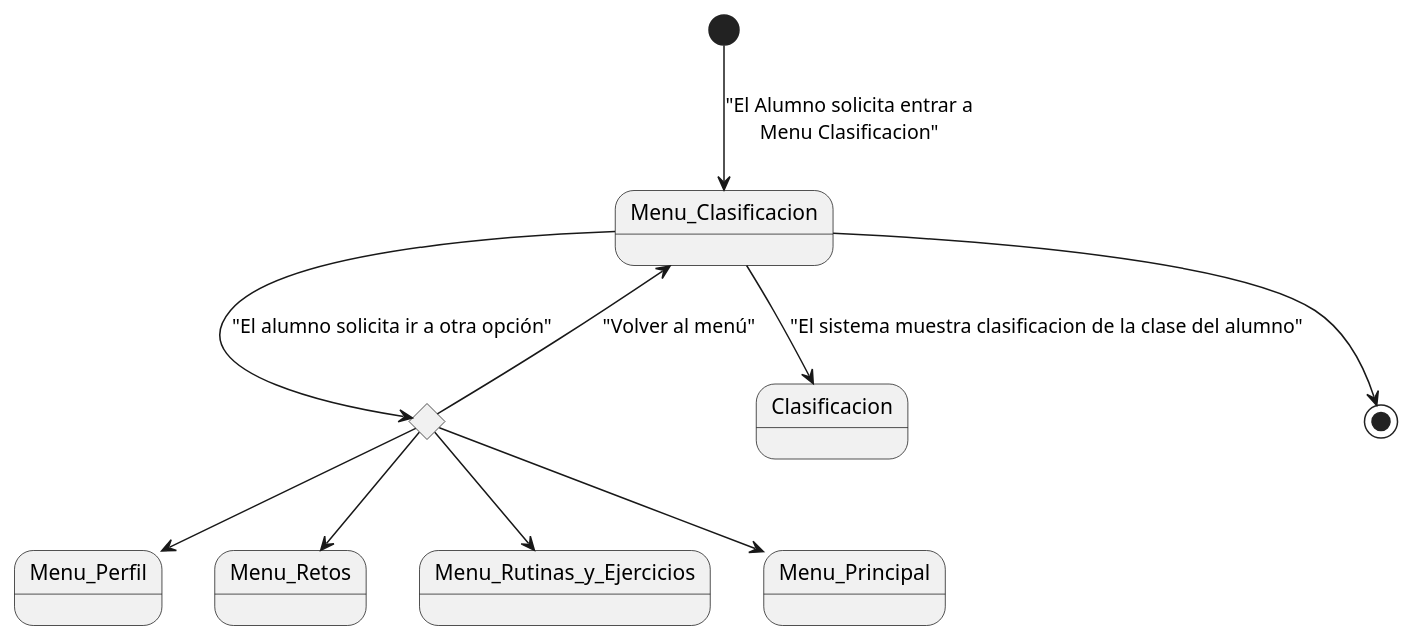
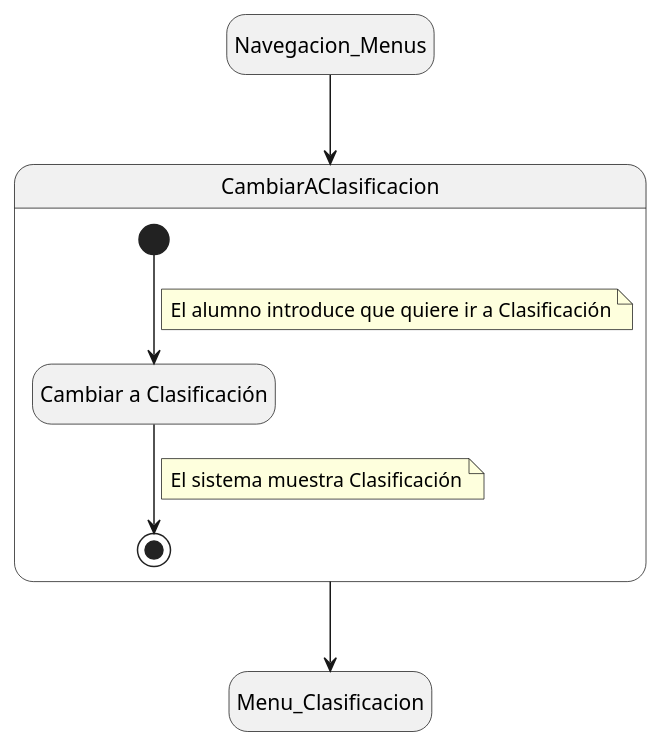
One commit to mmasias/24-25-IdSw1-SDR changed the diagram in Documentos/DetallarCasosDeUso/Alumno/MenuClasificacion.puml. Above: the diagram before and after it, drawn with PlantUML.

```diff
--- a/Documentos/DetallarCasosDeUso/Alumno/MenuClasificacion.puml
+++ b/Documentos/DetallarCasosDeUso/Alumno/MenuClasificacion.puml
@@ -1,24 +1,22 @@
 @startuml
+
+hide empty description
+
+state Navegacion_Menus
 state Menu_Clasificacion
-state rombo1 <<choice>>
-state Clasificacion
-state Menu_Perfil
-state Menu_Retos
-state Menu_Rutinas_y_Ejercicios
-state Menu_Principal
+state CambiarAClasificacion{
+    state Cambiar as "Cambiar a Clasificación"
+    [*] --> Cambiar
+    note on link
+        El alumno introduce que quiere ir a Clasificación
+    end note
+    Cambiar --> [*]
+    note on link
+        El sistema muestra Clasificación
+    end note
+}
 
-[*] --> Menu_Clasificacion : "El Alumno solicita entrar a\nMenu Clasificacion"
+Navegacion_Menus --> CambiarAClasificacion
+CambiarAClasificacion --> Menu_Clasificacion
 
-Menu_Clasificacion --> Clasificacion : "El sistema muestra clasificacion de la clase del alumno"
-
-
-
-Menu_Clasificacion --> rombo1 : "El alumno solicita ir a otra opción"
-rombo1 --> Menu_Perfil
-rombo1 --> Menu_Retos
-rombo1 --> Menu_Rutinas_y_Ejercicios
-rombo1 --> Menu_Principal
-rombo1 --> Menu_Clasificacion : "Volver al menú"
-
-Menu_Clasificacion --> [*]
 @enduml
```
